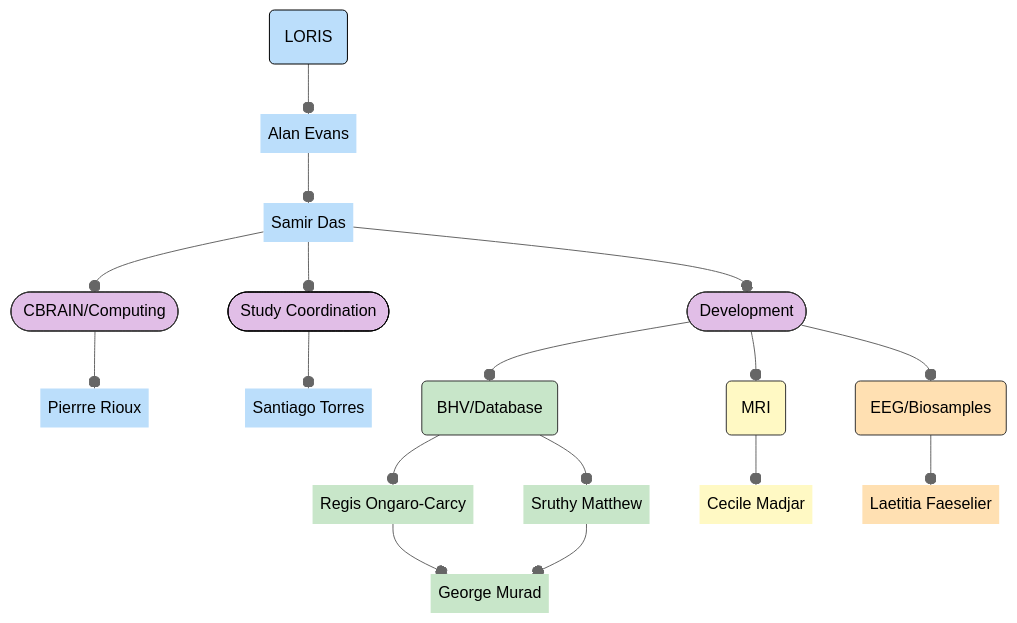
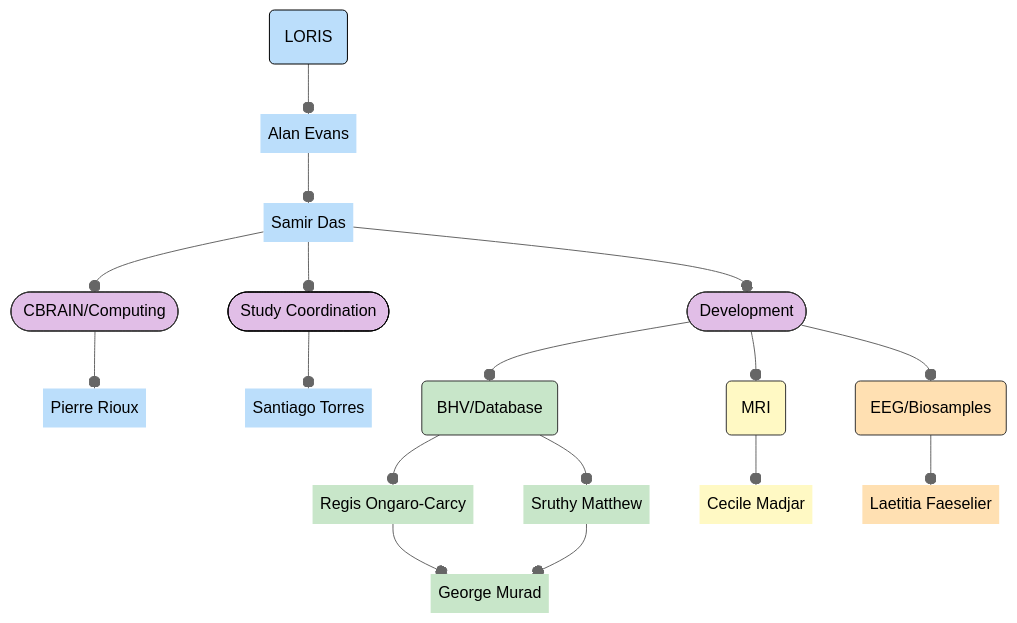
One commit to DCAN-Labs/hbcd-docs-internal changed the diagram in docs/orgcharts.md. Above: the diagram before and after it, drawn with Mermaid (neutral theme).

````diff
--- a/docs/orgcharts.md
+++ b/docs/orgcharts.md
@@ -5,44 +5,44 @@
 ```mermaid
 flowchart TB
     Z["LORIS"] --o A["Alan Evans"]
     A --o nl["Samir Das"]
     nl --o n9(["Study Coordination"]) & C(["CBRAIN/Computing"]) & B(["Development"])
-    C --o D["Pierrre Rioux"]
+    C --o D["Pierre Rioux"]
     n9 --o E["Santiago Torres"]
     B --o F["BHV/Database"] & H["EEG/Biosamples"] & G["MRI"]
     F --o I["Regis Ongaro-Carcy"] & J["Sruthy Matthew"]
     I --o K["George Murad"]
     J --o K
     G --o L["Cecile Madjar"]
     H --o M["Laetitia Faeselier"]
 
     Z@{ shape: rounded}
     A@{ shape: text}
     nl@{ shape: text}
     D@{ shape: text}
     E@{ shape: text}
     F@{ shape: rounded}
     H@{ shape: rounded}
     G@{ shape: rounded}
     I@{ shape: text}
     J@{ shape: text}
     K@{ shape: text}
     L@{ shape: text}
     M@{ shape: text}
     style Z stroke:#000000,fill:#BBDEFB,color:#000000
     style A stroke:#000000,fill:#BBDEFB
     style nl stroke:#000000,fill:#BBDEFB
     style n9 stroke:#000000,fill:#E1BEE7,stroke-width:1px,stroke-dasharray: 0
     style C stroke:#333,fill:#E1BEE7
     style B stroke:#333,fill:#E1BEE7
     style D stroke:#333,fill:#BBDEFB
     style E stroke:#333,fill:#BBDEFB
     style F stroke:#333,fill:#C8E6C9
     style H stroke:#333,fill:#FFE0B2
     style G stroke:#333,fill:#FFF9C4
     style I stroke:#333,fill:#C8E6C9
     style J stroke:#333,fill:#C8E6C9
     style K stroke:#333,fill:#C8E6C9
     style L stroke:#000000,fill:#FFF9C4
     style M fill:#FFE0B2,stroke:#000000
 ```
````
